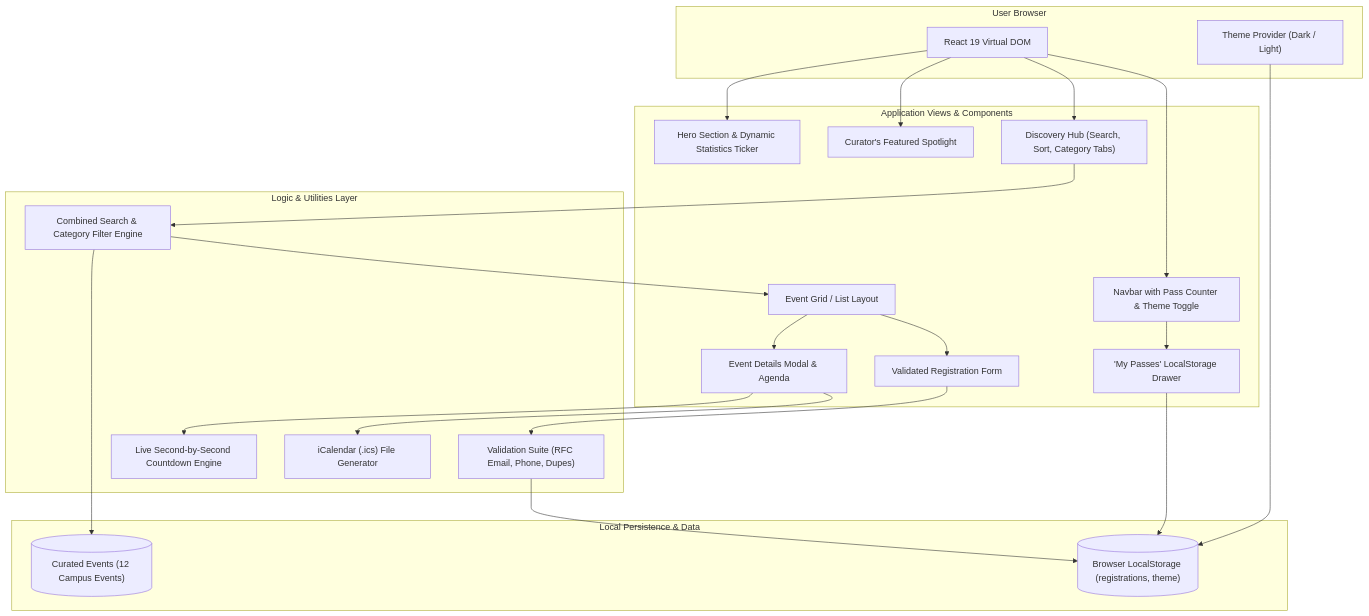
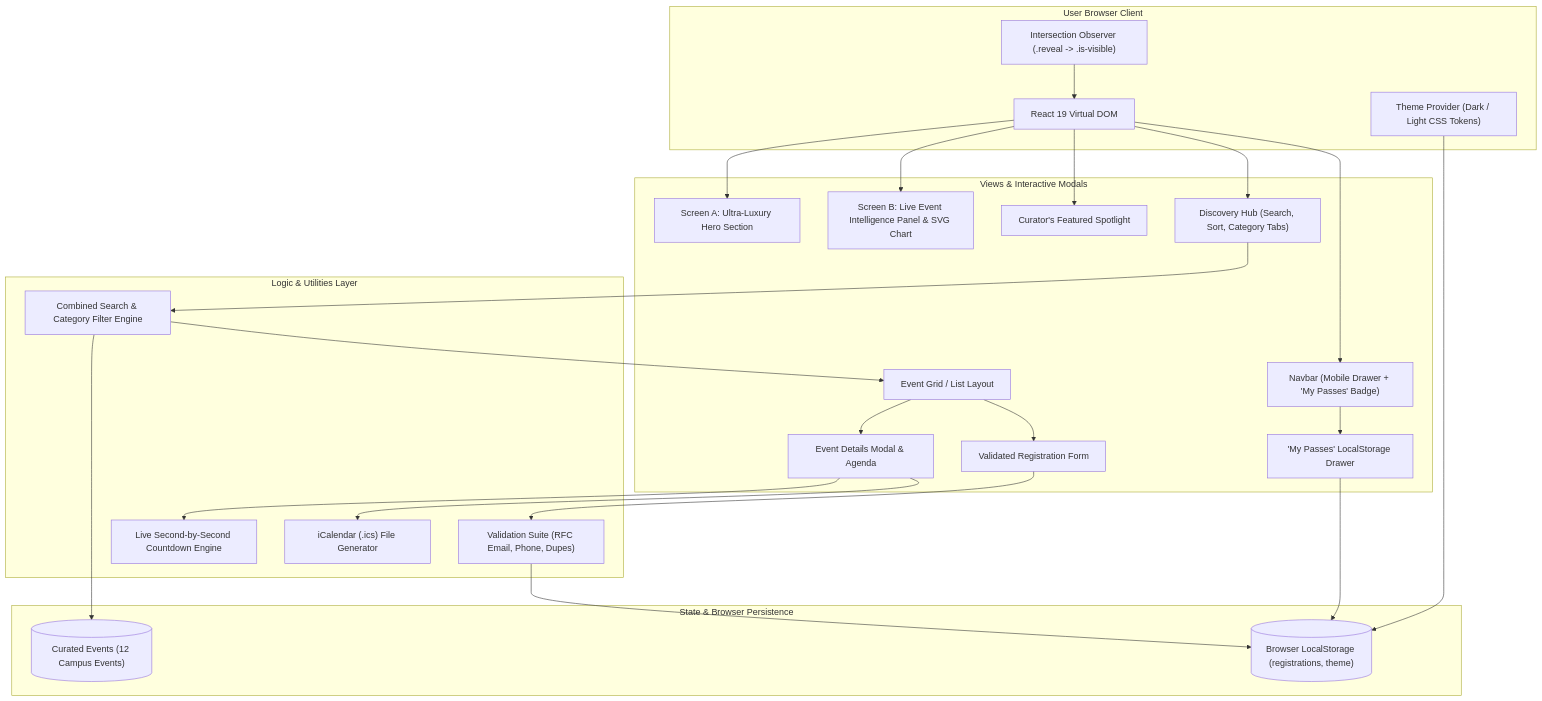
The diagram in README.md (zafarjamal99/K-explore), drawn with Mermaid before and after one commit. The commit also changed other lines of this file and 26 other files, not shown here.

Commit message:
feat(design): implement ultra-luxury design system, Cormorant Garamond typography, live activity overview panel, and scroll animations

````diff
--- a/README.md
+++ b/README.md
@@ -57,47 +84,51 @@
 ```mermaid
 flowchart TD
-    subgraph Browser ["User Browser"]
+    subgraph Browser ["User Browser Client"]
         DOM["React 19 Virtual DOM"]
-        ThemeEngine["Theme Provider (Dark / Light)"]
+        ThemeEngine["Theme Provider (Dark / Light CSS Tokens)"]
+        ScrollObserver["Intersection Observer (.reveal -> .is-visible)"]
     end
 
-    subgraph Views ["Application Views & Components"]
-        Navbar["Navbar with Pass Counter & Theme Toggle"]
-        Hero["Hero Section & Dynamic Statistics Ticker"]
+    subgraph Views ["Views & Interactive Modals"]
+        Nav["Navbar (Mobile Drawer + 'My Passes' Badge)"]
+        Hero["Screen A: Ultra-Luxury Hero Section"]
+        Activity["Screen B: Live Event Intelligence Panel & SVG Chart"]
         Spotlight["Curator's Featured Spotlight"]
         DiscoveryHub["Discovery Hub (Search, Sort, Category Tabs)"]
         EventGrid["Event Grid / List Layout"]
         DetailsModal["Event Details Modal & Agenda"]
         RegForm["Validated Registration Form"]
         PassManager["'My Passes' LocalStorage Drawer"]
     end
 
-    subgraph Logic ["Logic & Utilities Layer"]
+    subgraph Engine ["Logic & Utilities Layer"]
         FilterEngine["Combined Search & Category Filter Engine"]
         ValidationRules["Validation Suite (RFC Email, Phone, Dupes)"]
         CountdownTimer["Live Second-by-Second Countdown Engine"]
         CalendarExport["iCalendar (.ics) File Generator"]
     end
 
-    subgraph State ["Local Persistence & Data"]
+    subgraph Storage ["State & Browser Persistence"]
         EventDataset[("Curated Events (12 Campus Events)")]
         LocalStore[("Browser LocalStorage (registrations, theme)")]
     end
 
-    DOM --> Navbar
+    DOM --> Nav
     DOM --> Hero
     DOM --> Spotlight
+    DOM --> Activity
     DOM --> DiscoveryHub
     DiscoveryHub --> FilterEngine
     FilterEngine --> EventDataset
     FilterEngine --> EventGrid
     EventGrid --> DetailsModal
     EventGrid --> RegForm
     DetailsModal --> CountdownTimer
     DetailsModal --> CalendarExport
     RegForm --> ValidationRules
     ValidationRules --> LocalStore
     PassManager --> LocalStore
-    Navbar --> PassManager
+    Nav --> PassManager
     ThemeEngine --> LocalStore
+    ScrollObserver --> DOM
 ```
````
